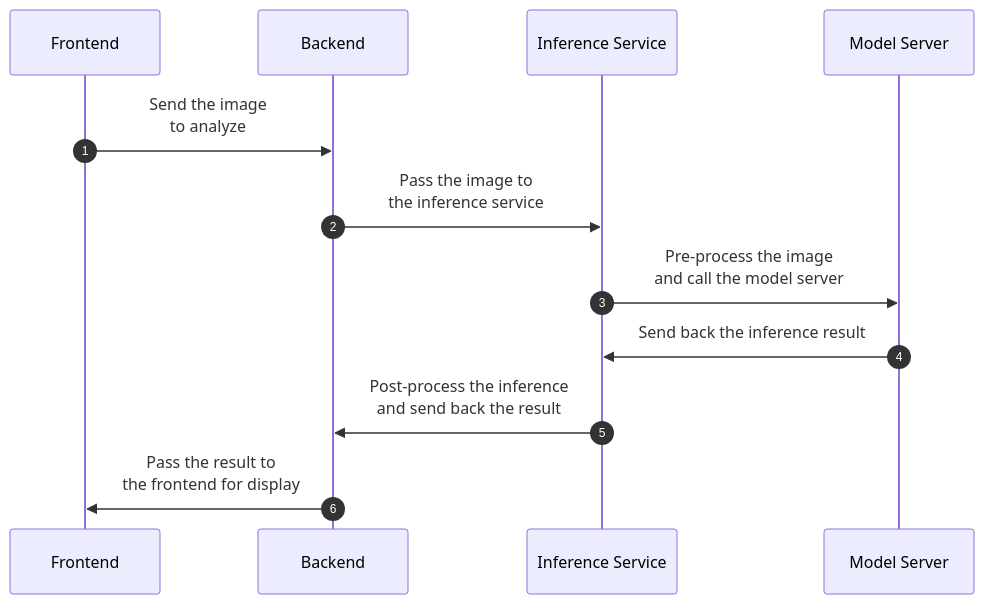
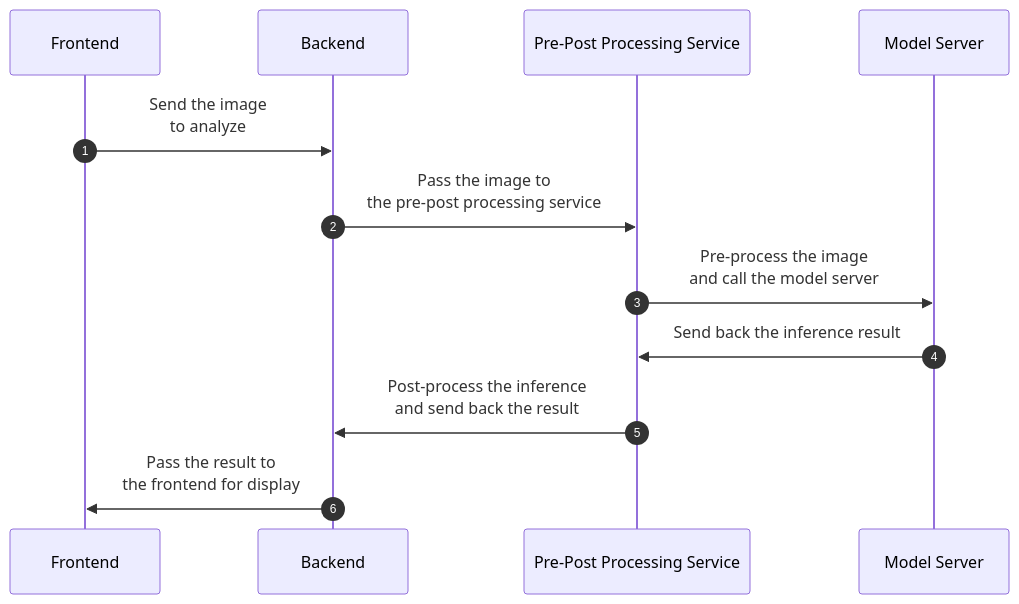
Before and after one commit to rh-mad-workshop/mad-dev-guides-m6: the diagram in documentation/modules/ROOT/pages/5-intelligent-application.adoc, drawn with Mermaid. The commit also changed other lines of this file, not shown here.

Commit message:
change inference for pre-post processing

```diff
--- a/documentation/modules/ROOT/pages/5-intelligent-application.adoc
+++ b/documentation/modules/ROOT/pages/5-intelligent-application.adoc
@@ -15,17 +15,17 @@
 [mermaid]
 ....
 sequenceDiagram
 autonumber
 
 participant f as Frontend
 participant b as Backend
-participant i as Inference Service
+participant p as Pre-Post Processing Service
 participant m as Model Server
 
 f ->> b : Send the image<br/>to analyze
-b ->> i : Pass the image to<br/>the inference service
-i ->> m : Pre-process the image<br/>and call the model server
-m ->> i : Send back the inference result
-i ->> b : Post-process the inference<br/>and send back the result
+b ->> p : Pass the image to<br/>the pre-post processing service
+p ->> m : Pre-process the image<br/>and call the model server
+m ->> p : Send back the inference result
+p ->> b : Post-process the inference<br/>and send back the result
 b ->> f : Pass the result to<br/>the frontend for display
 ....
```
